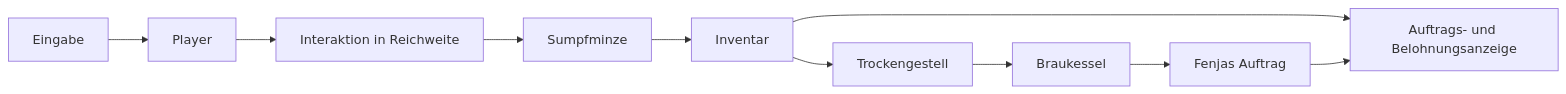
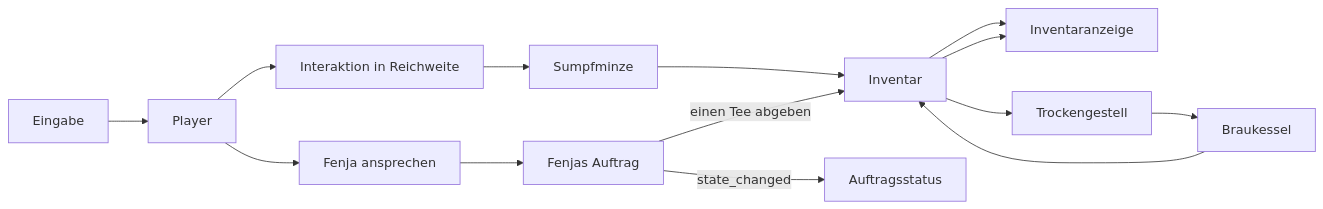
One commit to Fremarx/Moor-Apotheke changed the diagram in docs/ARCHITECTURE.md. Above: the diagram before and after it, drawn with Mermaid. The commit also changed other lines of this file and 15 other files, not shown here.

Commit message:
feat(quest): add Fenja tea request

```diff
--- a/docs/ARCHITECTURE.md
+++ b/docs/ARCHITECTURE.md
@@ -62,12 +67,16 @@
 ~~~mermaid
 flowchart LR
   Input[Eingabe] --> Player[Player]
   Player --> Interact[Interaktion in Reichweite]
   Interact --> Herb[Sumpfminze]
   Herb --> Inventory[Inventar]
   Inventory --> HUD[Inventaranzeige]
   Inventory --> Rack[Trockengestell]
   Rack --> Cauldron[Braukessel]
-  Cauldron --> Quest[Fenjas Auftrag]
-  Quest --> HUD[Auftrags- und Belohnungsanzeige]
+  Cauldron --> Inventory
+  Player --> Fenja[Fenja ansprechen]
+  Fenja --> Quest[Fenjas Auftrag]
+  Quest -->|einen Tee abgeben| Inventory
+  Inventory --> HUD[Inventaranzeige]
+  Quest -->|state_changed| HUDQuest[Auftragsstatus]
 ~~~
```
